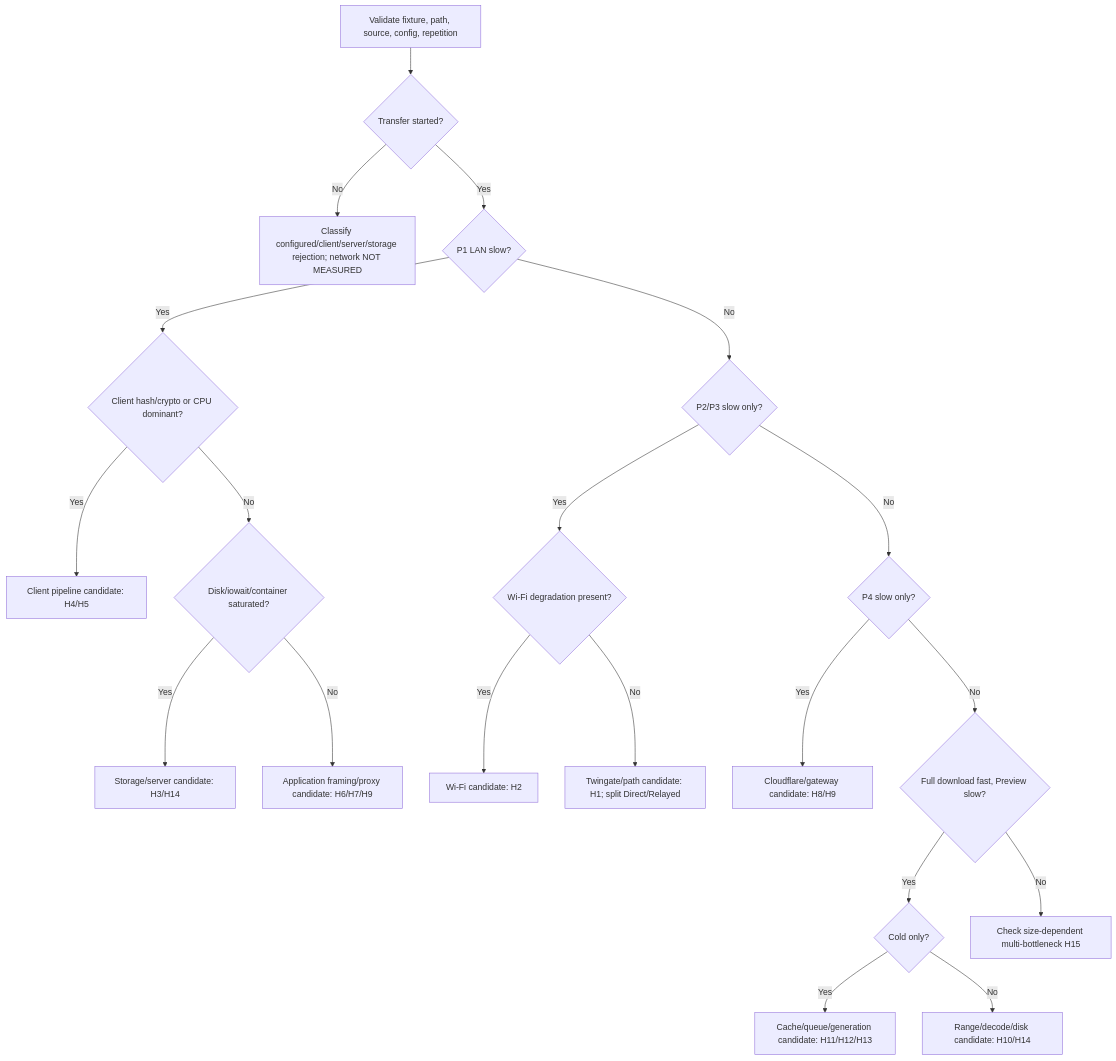
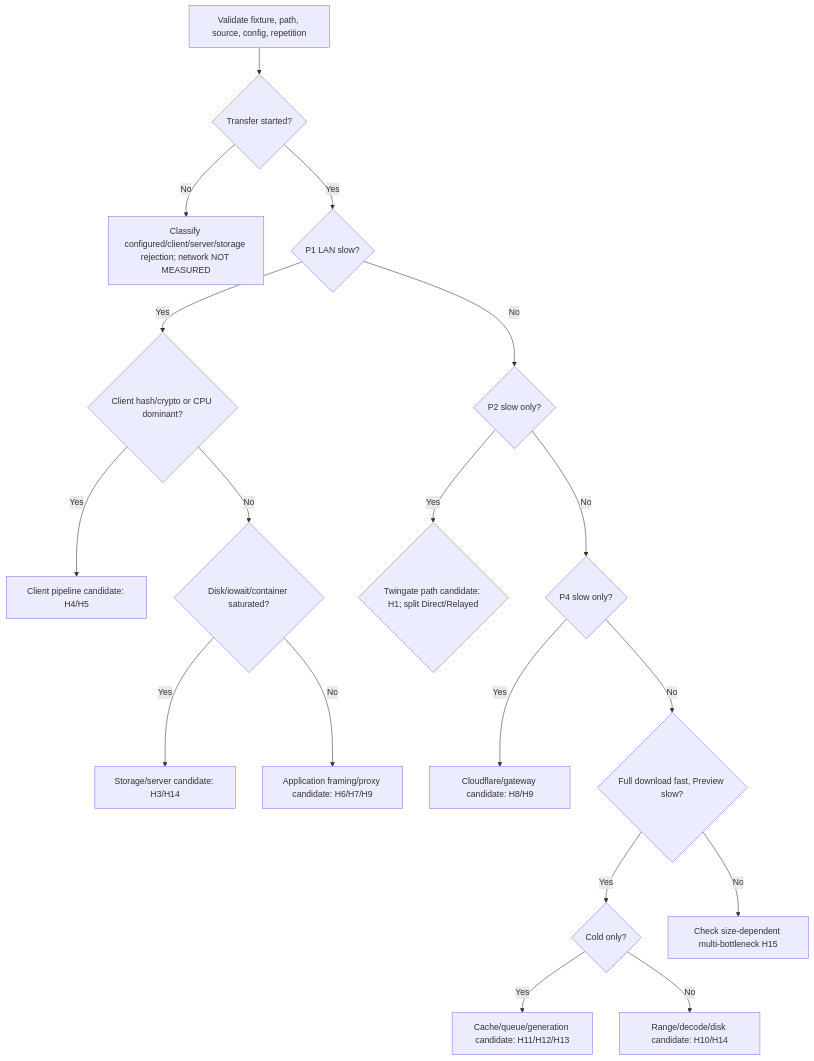
The diagram in IDEA1-AEGIS_Drive_LC/docs/superpowers/specs/2026-09-25-idea1-transfer-media-performance-study-design.md (kraveerachat/Project-End-The-AEGIS), drawn with Mermaid before and after one commit. The commit also changed other lines of this file and 2 other files, not shown here.

```diff
--- a/IDEA1-AEGIS_Drive_LC/docs/superpowers/specs/2026-09-25-idea1-transfer-media-performance-study-design.md
+++ b/IDEA1-AEGIS_Drive_LC/docs/superpowers/specs/2026-09-25-idea1-transfer-media-performance-study-design.md
@@ -477,22 +530,20 @@
 ~~~mermaid
 flowchart TD
   A[Validate fixture, path, source, config, repetition] --> B{Transfer started?}
   B -- No --> C[Classify configured/client/server/storage rejection; network NOT MEASURED]
   B -- Yes --> D{P1 LAN slow?}
   D -- Yes --> E{Client hash/crypto or CPU dominant?}
   E -- Yes --> EC[Client pipeline candidate: H4/H5]
   E -- No --> F{Disk/iowait/container saturated?}
   F -- Yes --> FS[Storage/server candidate: H3/H14]
   F -- No --> FA[Application framing/proxy candidate: H6/H7/H9]
-  D -- No --> G{P2/P3 slow only?}
-  G -- Yes --> H{Wi-Fi degradation present?}
-  H -- Yes --> HW[Wi-Fi candidate: H2]
-  H -- No --> HT[Twingate/path candidate: H1; split Direct/Relayed]
+  D -- No --> G{P2 slow only?}
+  G -- Yes --> H{Twingate path candidate: H1; split Direct/Relayed}
   G -- No --> I{P4 slow only?}
   I -- Yes --> IC[Cloudflare/gateway candidate: H8/H9]
   I -- No --> J{Full download fast, Preview slow?}
   J -- Yes --> K{Cold only?}
   K -- Yes --> KM[Cache/queue/generation candidate: H11/H12/H13]
   K -- No --> KR[Range/decode/disk candidate: H10/H14]
   J -- No --> L[Check size-dependent multi-bottleneck H15]
 ~~~
```
